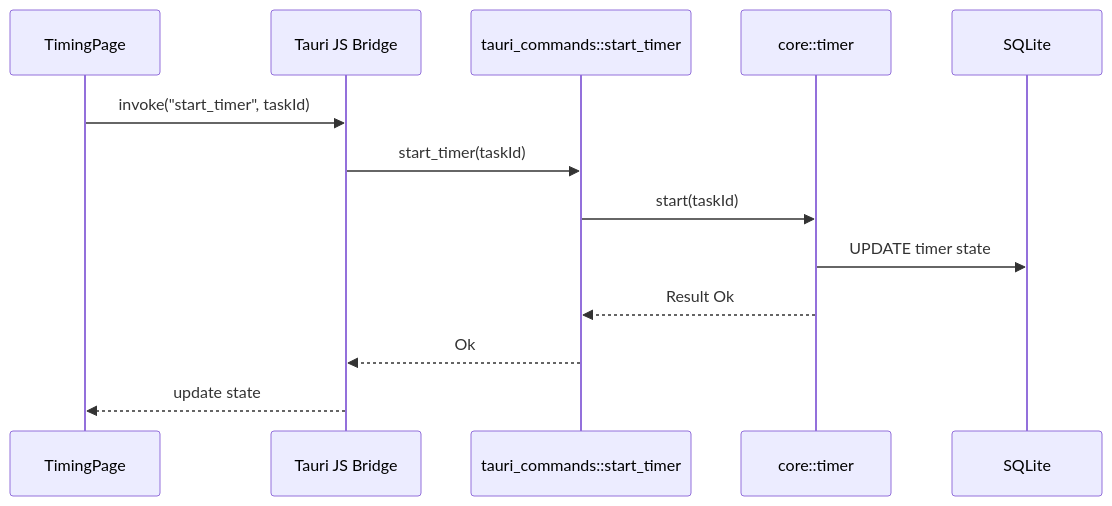
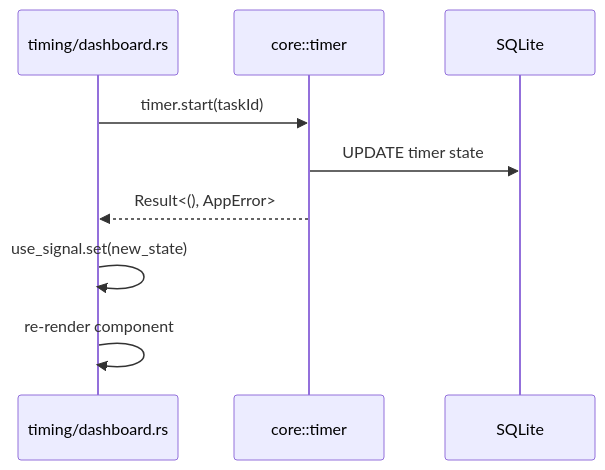
One commit to jk278/lifetracker-dioxus changed the second of 2 diagrams in STRUCTURE.md. Above: the diagram before and after it, drawn with Mermaid. The commit also changed other lines of this file and 76 other files, not shown here.

````diff
--- a/STRUCTURE.md
+++ b/STRUCTURE.md
@@ -91,16 +119,12 @@
 ```mermaid
 sequenceDiagram
-  participant UI as TimingPage
-  participant JSBridge as Tauri JS Bridge
-  participant TimerCmd as tauri_commands::start_timer
-  participant CoreTimer as core::timer
+  participant UI as timing/dashboard.rs
+  participant Core as core::timer
   participant DB as SQLite
 
-  UI->>JSBridge: invoke("start_timer", taskId)
-  JSBridge->>TimerCmd: start_timer(taskId)
-  TimerCmd->>CoreTimer: start(taskId)
-  CoreTimer->>DB: UPDATE timer state
-  CoreTimer-->>TimerCmd: Result Ok
-  TimerCmd-->>JSBridge: Ok
-  JSBridge-->>UI: update state
+  UI->>Core: timer.start(taskId)
+  Core->>DB: UPDATE timer state
+  Core-->>UI: Result<(), AppError>
+  UI->>UI: use_signal.set(new_state)
+  UI->>UI: re-render component
 ```
````
